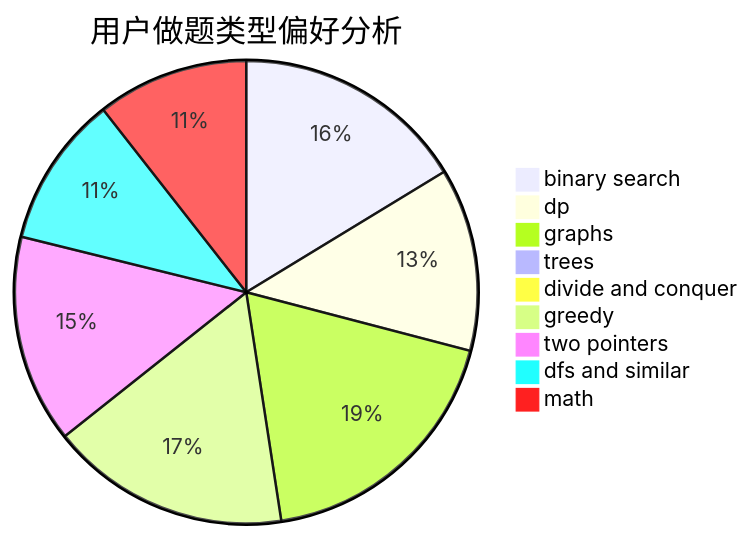
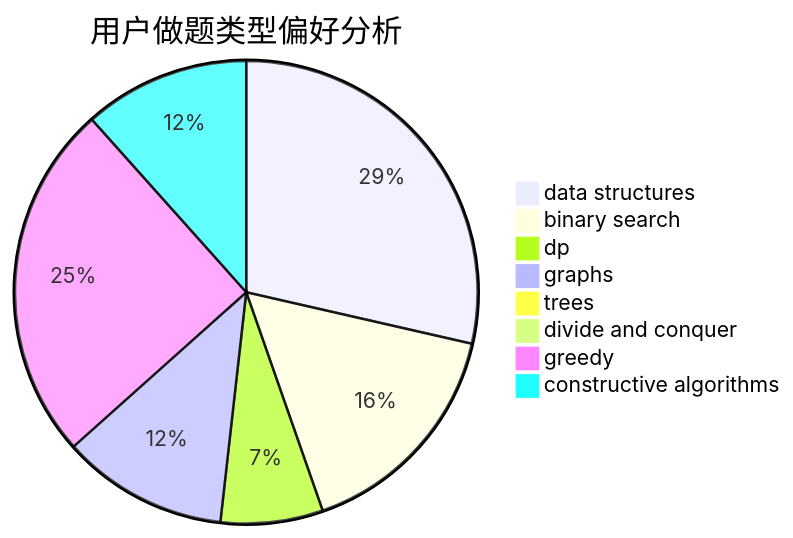
Before and after one commit to sherpahu/cfrs.github.io: the second of 3 diagrams in docs/user/u627.md, drawn with Mermaid. The commit also changed other lines of this file and 2775 other files, not shown here.

````diff
--- a/docs/user/u627.md
+++ b/docs/user/u627.md
@@ -23,12 +23,11 @@
 ```mermaid
 pie title 用户做题类型偏好分析
-    "binary search" :  37
-    "dp" :  29
-    "graphs" :  42
+    "data structures" :  32
+    "binary search" :  18
+    "dp" :  8
+    "graphs" :  13
     "trees" :  0
     "divide and conquer" :  0
-    "greedy" :  38
-    "two pointers" :  33
-    "dfs and similar" :  24
-    "math" :  24
+    "greedy" :  28
+    "constructive algorithms" :  13
 ```
````
